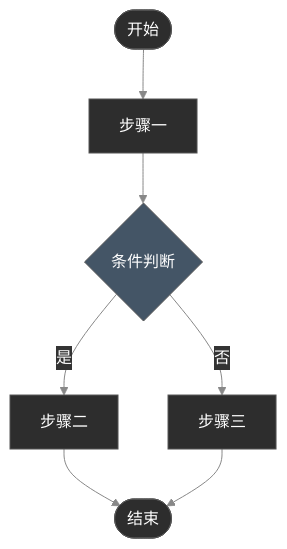
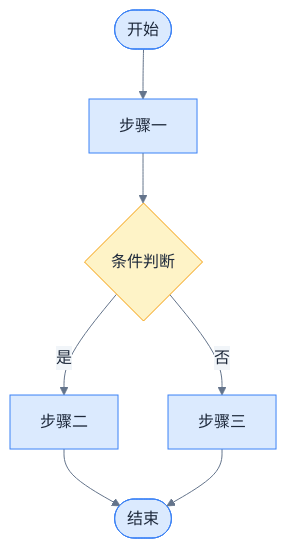
Before and after one commit to linqibin0826/patra: diagram 14 of 15 in patra-api/docs/.claude/memories/mermaid.md, drawn with Mermaid. The commit also changed other lines of this file and 1 other file, not shown here.

First line of the commit message:
docs(memories): 优化图表规范颜色为浅色模式友好的 Tailwind 调色板

````diff
--- a/patra-api/docs/.claude/memories/mermaid.md
+++ b/patra-api/docs/.claude/memories/mermaid.md
@@ -362,32 +396,33 @@
 ```mermaid
 %%{init: {
   'theme': 'base',
   'themeVariables': {
-    'primaryColor': '#2d2d2d',
-    'primaryTextColor': '#ffffff',
-    'lineColor': '#888888',
-    'edgeLabelBackground': '#333333'
+    'primaryColor': '#dbeafe',
+    'primaryTextColor': '#1e293b',
+    'primaryBorderColor': '#3b82f6',
+    'lineColor': '#64748b',
+    'edgeLabelBackground': '#f1f5f9'
   }
 }}%%
 flowchart TD
     %% 节点定义
     Start([开始])
     Step1[步骤一]
     Check{条件判断}
     Step2[步骤二]
     Step3[步骤三]
     End([结束])
 
     %% 关系定义
     Start --> Step1
     Step1 --> Check
     Check -->|是| Step2
     Check -->|否| Step3
     Step2 --> End
     Step3 --> End
 
-    %% 样式类
-    classDef default fill:#2d2d2d,stroke:#555,color:#fff;
-    classDef decision fill:#445566,stroke:#555,color:#fff;
+    %% 样式类（浅色背景 + 深色文字）
+    classDef default fill:#dbeafe,stroke:#3b82f6,color:#1e293b;
+    classDef decision fill:#fef3c7,stroke:#f59e0b,color:#1e293b;
     class Check decision;
 ```
````
